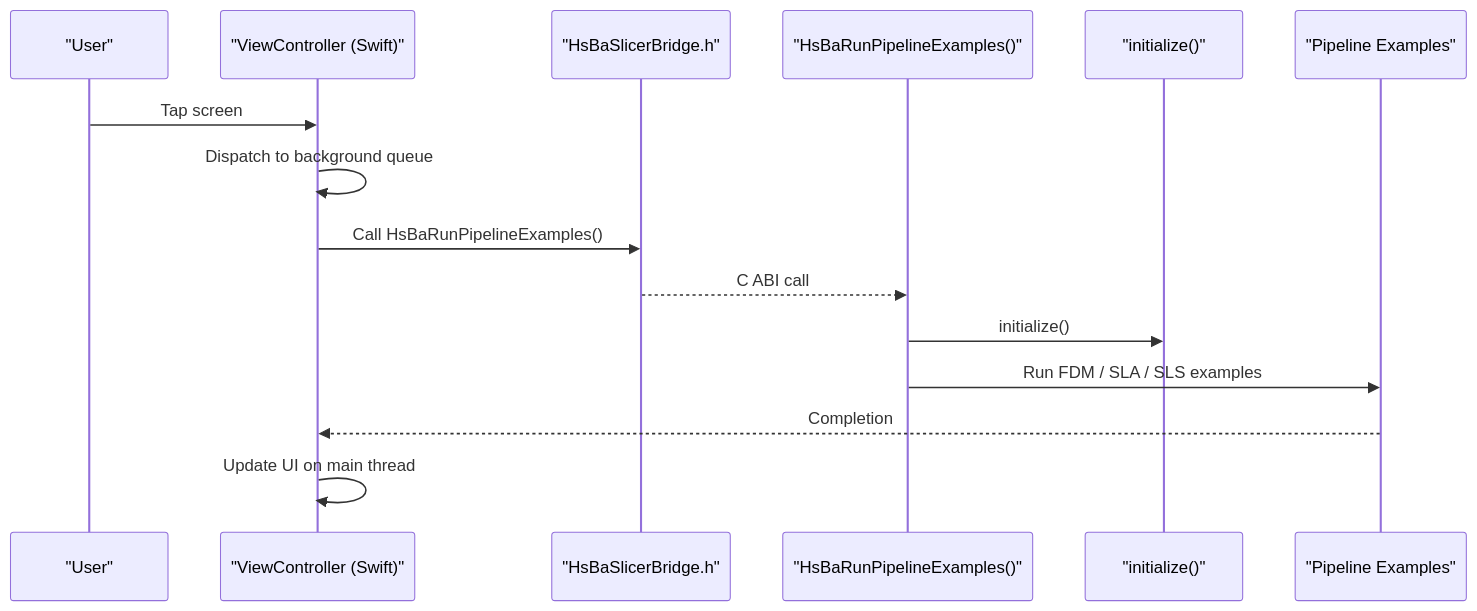
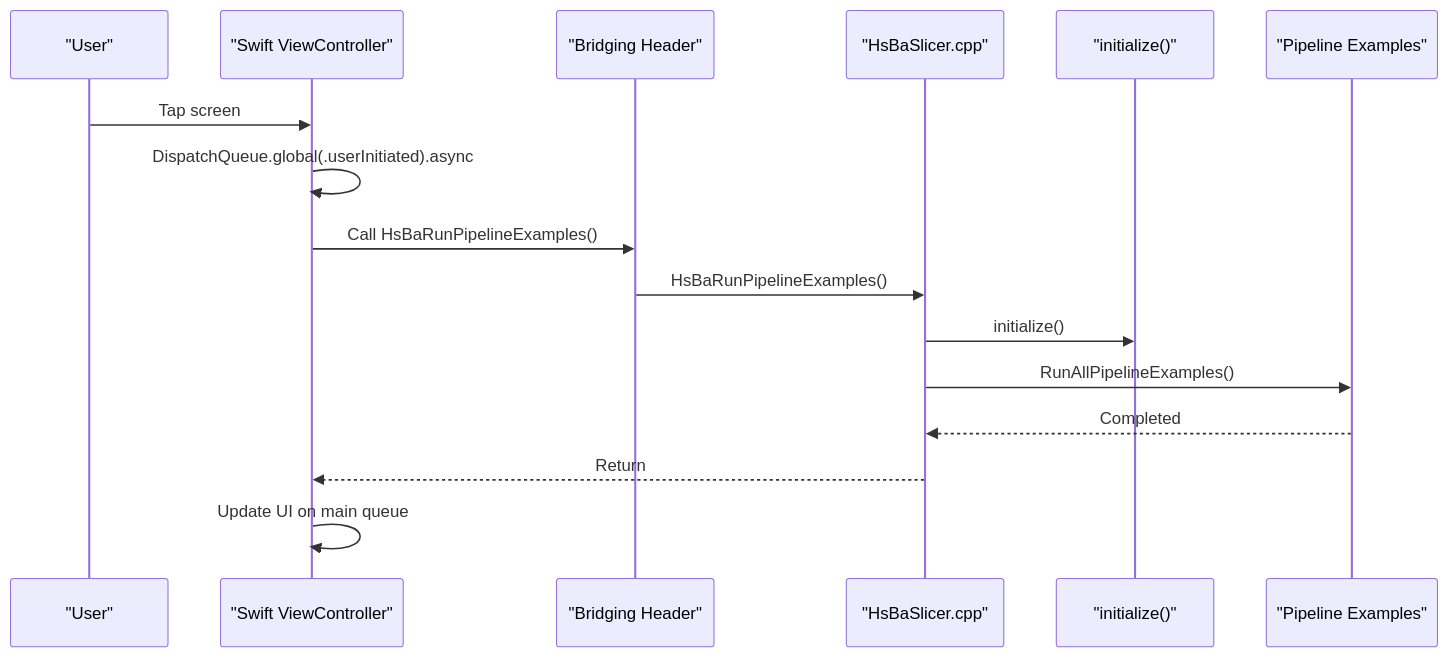
One commit to hsmbanlance/HsBaSlicer changed the second of 9 diagrams in .qoder/repowiki/en/content/Integration Guide/Mobile Platform Integration/iOS Integration.md. Above: the diagram before and after it, drawn with Mermaid. The commit also changed other lines of this file and 1095 other files, not shown here.

````diff
--- a/.qoder/repowiki/en/content/Integration Guide/Mobile Platform Integration/iOS Integration.md
+++ b/.qoder/repowiki/en/content/Integration Guide/Mobile Platform Integration/iOS Integration.md
@@ -84,17 +89,18 @@
 ```mermaid
 sequenceDiagram
 participant User as "User"
-participant VC as "ViewController (Swift)"
-participant Bridge as "HsBaSlicerBridge.h"
-participant Entry as "HsBaRunPipelineExamples()"
+participant SwiftUI as "Swift ViewController"
+participant Bridge as "Bridging Header"
+participant Native as "HsBaSlicer.cpp"
 participant Init as "initialize()"
-participant Pipes as "Pipeline Examples"
-User->>VC : Tap screen
-VC->>VC : Dispatch to background queue
-VC->>Bridge : Call HsBaRunPipelineExamples()
-Bridge-->>Entry : C ABI call
-Entry->>Init : initialize()
-Entry->>Pipes : Run FDM / SLA / SLS examples
-Pipes-->>VC : Completion
-VC->>VC : Update UI on main thread
+participant Pipelines as "Pipeline Examples"
+User->>SwiftUI : Tap screen
+SwiftUI->>SwiftUI : DispatchQueue.global(.userInitiated).async
+SwiftUI->>Bridge : Call HsBaRunPipelineExamples()
+Bridge->>Native : HsBaRunPipelineExamples()
+Native->>Init : initialize()
+Native->>Pipelines : RunAllPipelineExamples()
+Pipelines-->>Native : Completed
+Native-->>SwiftUI : Return
+SwiftUI->>SwiftUI : Update UI on main queue
 ```
````
